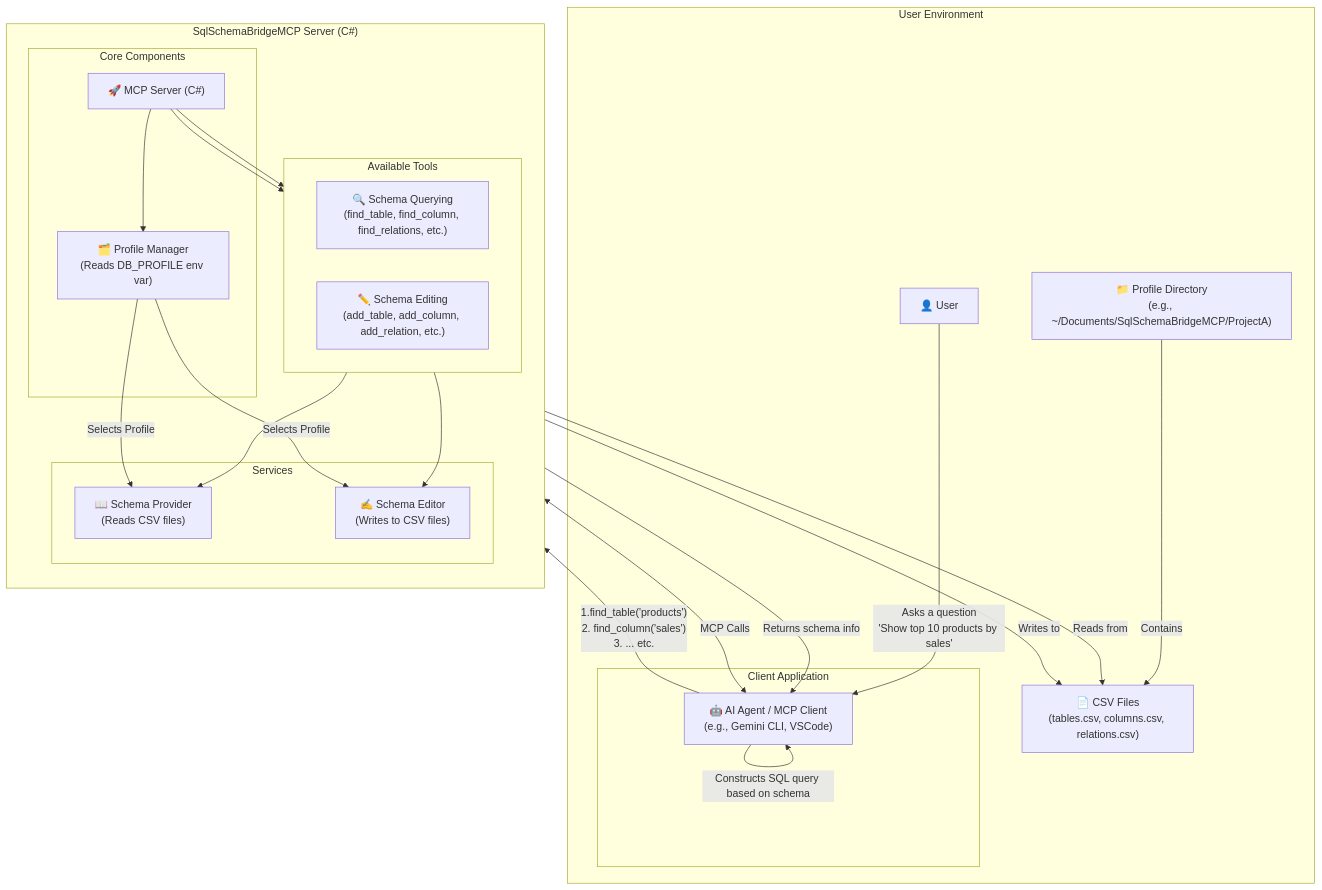
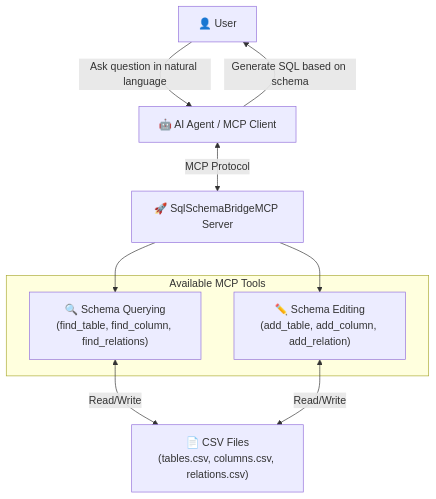
Before and after one commit to yt3trees/SqlSchemaBridgeMCP: the first of 2 diagrams in README.md, drawn with Mermaid. The commit also changed 1 other file, not shown here.

Commit message:
docs: Simplify architecture diagram in README files
Simplified the Mermaid diagram to be more abstract and easier to understand by:
- Removing ProfileManager and internal service details
- Creating a cleaner flow with User -> Agent -> Server -> Tools -> CSV Files
- Using more natural language descriptions for user interactions

🤖 Generated with [Claude Code](https://claude.ai/code)

````diff
--- a/README.md
+++ b/README.md
@@ -5,58 +5,21 @@
 ```mermaid
 graph TB
-    subgraph "User Environment"
-        User["👤 User"]
-        ProfileDir["📁 Profile Directory<br/>(e.g., ~/Documents/SqlSchemaBridgeMCP/ProjectA)"]
-        CSVs["📄 CSV Files<br/>(tables.csv, columns.csv, relations.csv)"]
+    User["👤 User"]
+    Agent["🤖 AI Agent / MCP Client"]
+    Server["🚀 SqlSchemaBridgeMCP Server"]
+    CSVFiles["📄 CSV Files<br/>(tables.csv, columns.csv, relations.csv)"]
 
-        subgraph "Client Application"
-            Agent["🤖 AI Agent / MCP Client<br/>(e.g., Gemini CLI, VSCode)"]
-        end
+    subgraph "Available MCP Tools"
+        QueryTools["🔍 Schema Querying<br/>(find_table, find_column, find_relations)"]
+        EditTools["✏️ Schema Editing<br/>(add_table, add_column, add_relation)"]
     end
 
-
-    subgraph "SqlSchemaBridgeMCP Server (C#)"
-        direction TB
-
-        subgraph "Core Components"
-            Server["🚀 MCP Server (C#)"]
-            ProfileManager["🗂️ Profile Manager<br/>(Reads DB_PROFILE env var)"]
-        end
-
-        subgraph "Services"
-            SchemaProvider["📖 Schema Provider<br/>(Reads CSV files)"]
-            SchemaEditor["✍️ Schema Editor<br/>(Writes to CSV files)"]
-        end
-
-        subgraph "Available Tools"
-            direction LR
-            QueryTools["🔍 Schema Querying<br/>(find_table, find_column, find_relations, etc.)"]
-            EditTools["✏️ Schema Editing<br/>(add_table, add_column, add_relation, etc.)"]
-        end
-    end
-
-    %% Data Flow
-    User -->|"Asks a question<br/>'Show top 10 products by sales'"| Agent
-    ProfileDir -->|Contains| CSVs
-
-    %% Client-Server Communication
-    Agent <-->|"MCP Calls"| Server
-
-    %% Server Internal Flow
-    Server --> ProfileManager
-    ProfileManager -->|"Selects Profile"| SchemaProvider
-    ProfileManager -->|"Selects Profile"| SchemaEditor
-
-    SchemaProvider -->|"Reads from"| CSVs
-    SchemaEditor -->|"Writes to"| CSVs
-
+    %% Main Flow
+    User -->|"Ask question in natural language"| Agent
+    Agent <-->|"MCP Protocol"| Server
     Server --> QueryTools
     Server --> EditTools
-    QueryTools --> SchemaProvider
-    EditTools --> SchemaEditor
-
-    %% Agent builds the query
-    Agent -->|"1.find_table('products')<br/>2. find_column('sales')<br/>3. ... etc."| QueryTools
-    QueryTools -->|"Returns schema info"| Agent
-    Agent -->|"Constructs SQL query based on schema"| Agent
+    QueryTools <-->|"Read/Write"| CSVFiles
+    EditTools <-->|"Read/Write"| CSVFiles
+    Agent -->|"Generate SQL based on schema"| User
 ```
````
